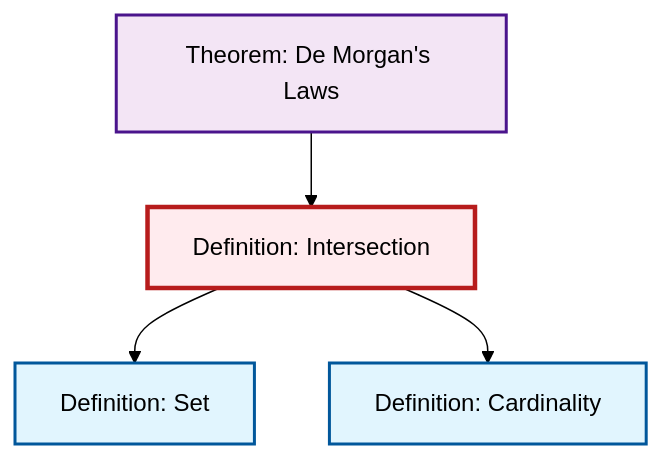
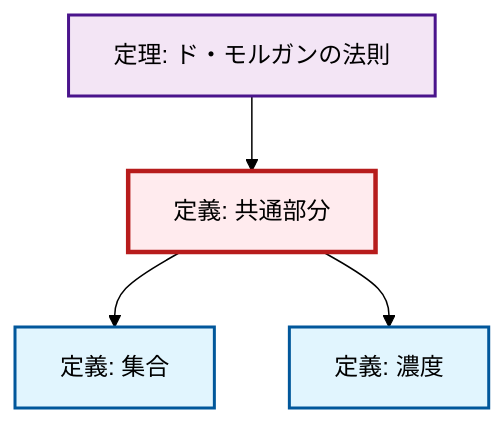
Before and after one commit to RK0429/ModernMath: the diagram in content/ja/logic-set-theory/def-intersection.qmd, drawn with Mermaid (forest theme). The commit also changed 1069 other files, not shown here.

````diff
--- a/content/ja/logic-set-theory/def-intersection.qmd
+++ b/content/ja/logic-set-theory/def-intersection.qmd
@@ -63,20 +63,20 @@
 ```{mermaid}
 %%| fig-cap: "Local dependency graph"
 graph TD
     classDef definition fill:#e1f5fe,stroke:#01579b,stroke-width:2px
     classDef theorem fill:#f3e5f5,stroke:#4a148c,stroke-width:2px
     classDef axiom fill:#fff3e0,stroke:#e65100,stroke-width:2px
     classDef example fill:#e8f5e9,stroke:#1b5e20,stroke-width:2px
     classDef current fill:#ffebee,stroke:#b71c1c,stroke-width:3px
-    def-set["Definition: Set"]:::definition
-    def-intersection["Definition: Intersection"]:::definition
-    def-cardinality["Definition: Cardinality"]:::definition
-    thm-de-morgan["Theorem: De Morgan's Laws"]:::theorem
+    def-cardinality["定義: 濃度"]:::definition
+    def-intersection["定義: 共通部分"]:::definition
+    def-set["定義: 集合"]:::definition
+    thm-de-morgan["定理: ド・モルガンの法則"]:::theorem
+    def-intersection --> def-set
     thm-de-morgan --> def-intersection
-    def-intersection --> def-set
     def-intersection --> def-cardinality
     class def-intersection current
-    click def-set "def-set.html" "Definition: Setへ"
-    click def-cardinality "def-cardinality.html" "Definition: Cardinalityへ"
-    click thm-de-morgan "thm-de-morgan.html" "Theorem: De Morgan's Lawsへ"
+    click def-cardinality "def-cardinality.html" "濃度の定義へ"
+    click def-set "def-set.html" "集合の定義へ"
+    click thm-de-morgan "thm-de-morgan.html" "ド・モルガンの法則の定理へ"
 ```
````
